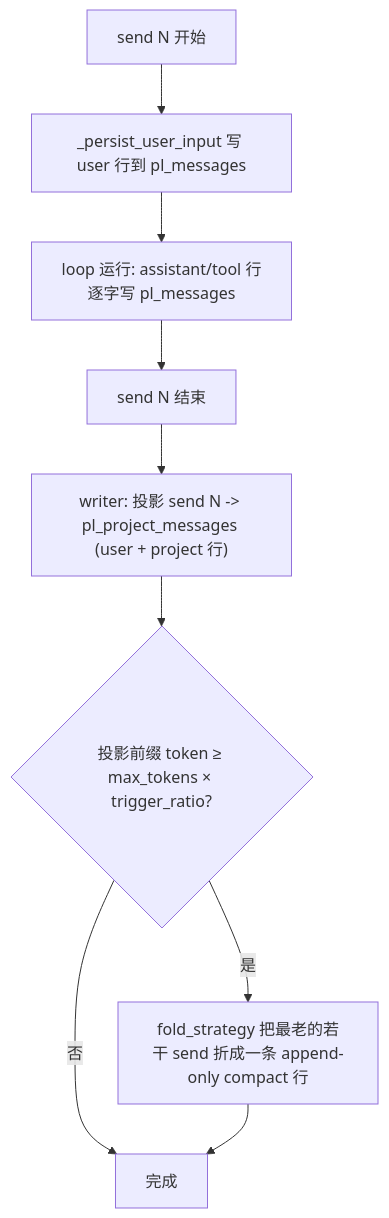
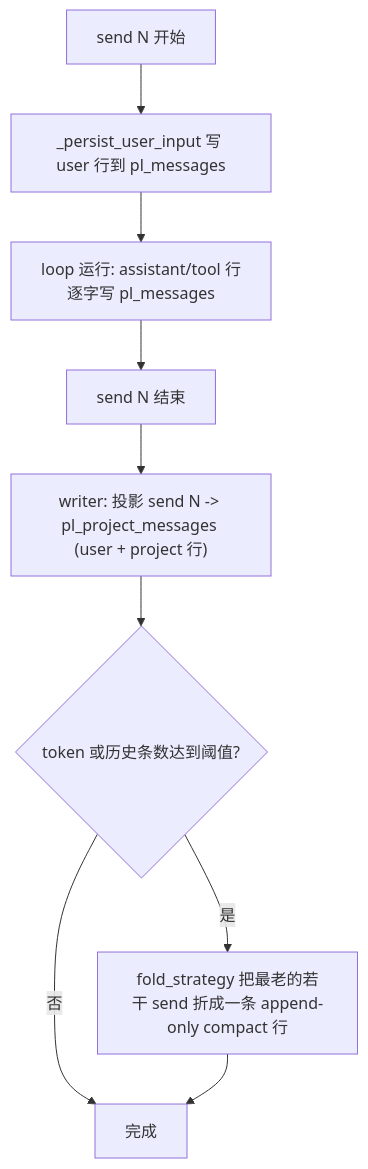
One commit to PL-play/power-loop changed the diagram in docs/zh/user-guide/send-context-projection.md. Above: the diagram before and after it, drawn with Mermaid. The commit also changed other lines of this file and 7 other files, not shown here.

````diff
--- a/docs/zh/user-guide/send-context-projection.md
+++ b/docs/zh/user-guide/send-context-projection.md
@@ -38,11 +38,11 @@
 ```mermaid
 flowchart TD
     S[send N 开始] --> P[_persist_user_input 写 user 行到 pl_messages]
     P --> L[loop 运行: assistant/tool 行逐字写 pl_messages]
     L --> F[send N 结束]
     F --> W["writer: 投影 send N -> pl_project_messages (user + project 行)"]
-    W --> C{"投影前缀 token ≥ max_tokens × trigger_ratio?"}
+    W --> C{"token 或历史条数达到阈值?"}
     C -->|是| K[fold_strategy 把最老的若干 send 折成一条 append-only compact 行]
     C -->|否| Z[完成]
     K --> Z
 ```
````
